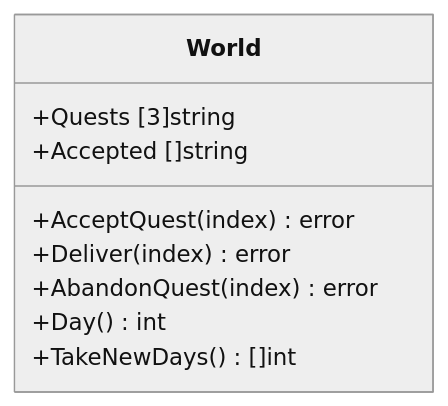
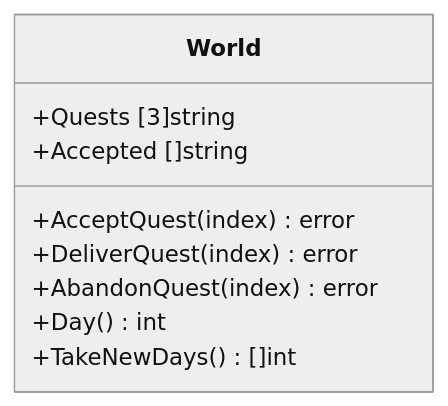
The first of 2 diagrams in docs/03_design/design-it06.md (sakana396/fushigi_renkin), drawn with Mermaid (neutral theme) before and after one commit. The commit also changed other lines of this file and 3 other files, not shown here.

````diff
--- a/docs/03_design/design-it06.md
+++ b/docs/03_design/design-it06.md
@@ -56,12 +67,12 @@
 ```mermaid
 classDiagram
   class World {
     +Quests [3]string
     +Accepted []string
     +AcceptQuest(index) error
-    +Deliver(index) error
+    +DeliverQuest(index) error
     +AbandonQuest(index) error
     +Day() int
     +TakeNewDays() []int
   }
 ```
````
